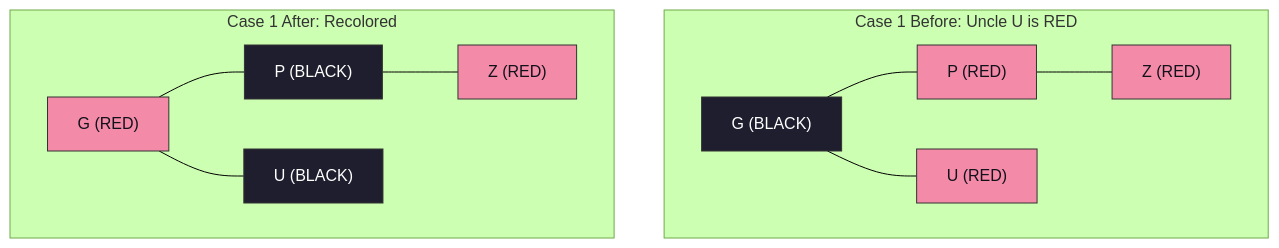
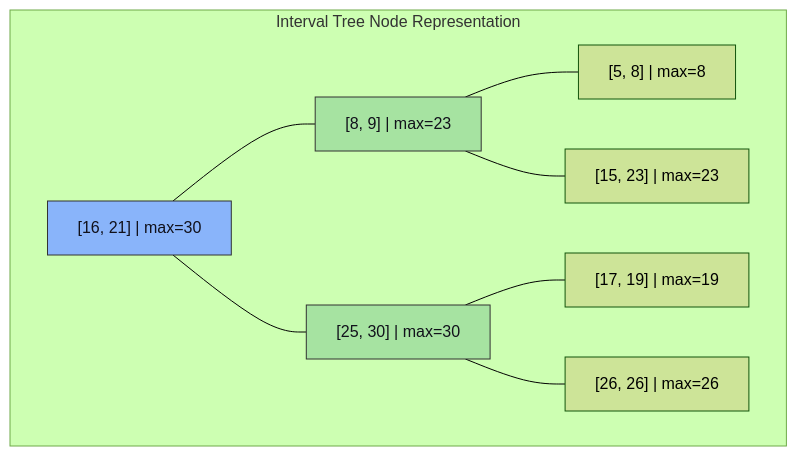
Before and after one commit to DeepLumiere/DeepSkills: the third of 15 diagrams in notes/design_and_analysis_of_algorithms/Unit_04_Advanced_Data_Structures.md, drawn with Mermaid (forest theme). The commit also changed other lines of this file and 3 other files, not shown here.

Commit message:
docs: enhance DAA notes and fix Computer Networks Ch 4 formatting & figure layouts

````diff
--- a/notes/design_and_analysis_of_algorithms/Unit_04_Advanced_Data_Structures.md
+++ b/notes/design_and_analysis_of_algorithms/Unit_04_Advanced_Data_Structures.md
@@ -99,24 +124,15 @@
 ```mermaid
 flowchart TD
-    subgraph "Case 1 Before: Uncle U is RED"
-        G1["G (BLACK)"] --- P1["P (RED)"]
-        G1 --- U1["U (RED)"]
-        P1 --- Z1["Z (RED)"]
+    subgraph "Interval Tree Node Representation"
+        Root["[16, 21] | max=30"] --- L["[8, 9] | max=23"]
+        Root --- R["[25, 30] | max=30"]
+        L --- LL["[5, 8] | max=8"]
+        L --- LR["[15, 23] | max=23"]
+        R --- RL["[17, 19] | max=19"]
+        R --- RR["[26, 26] | max=26"]
 
-        style G1 fill:#1e1e2e,stroke:#333,color:#fff
-        style P1 fill:#f38ba8,stroke:#333,color:#11111b
-        style U1 fill:#f38ba8,stroke:#333,color:#11111b
-        style Z1 fill:#f38ba8,stroke:#333,color:#11111b
-    end
-
-    subgraph "Case 1 After: Recolored"
-        G2["G (RED)"] --- P2["P (BLACK)"]
-        G2 --- U2["U (BLACK)"]
-        P2 --- Z2["Z (RED)"]
-
-        style G2 fill:#f38ba8,stroke:#333,color:#11111b
-        style P2 fill:#1e1e2e,stroke:#333,color:#fff
-        style U2 fill:#1e1e2e,stroke:#333,color:#fff
-        style Z2 fill:#f38ba8,stroke:#333,color:#11111b
+        style Root fill:#89b4fa,stroke:#333,color:#11111b
+        style L fill:#a6e3a1,stroke:#333,color:#11111b
+        style R fill:#a6e3a1,stroke:#333,color:#11111b
     end
 ```
````
